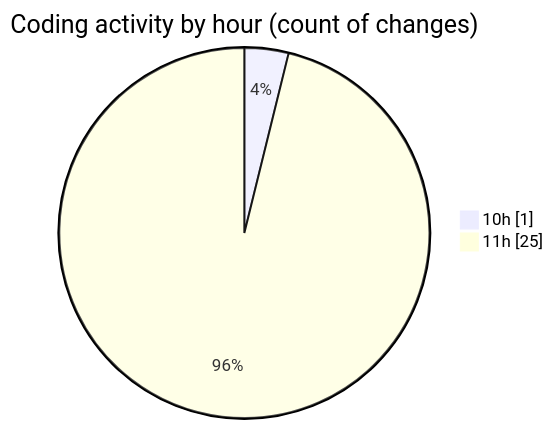
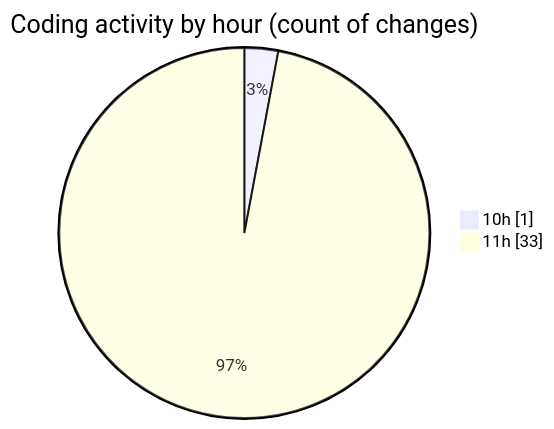
The second of 2 diagrams in 2025-08-03/nxtqube_webapp/README.md (nxtqubesakshisongat/code-tracking), drawn with Mermaid before and after one commit. The commit also changed other lines of this file and 1 other file, not shown here.

````diff
--- a/2025-08-03/nxtqube_webapp/README.md
+++ b/2025-08-03/nxtqube_webapp/README.md
@@ -33,6 +35,6 @@
 ```mermaid
 pie showData
 title Coding activity by hour (count of changes)
 "10h" : 1
-"11h" : 25
+"11h" : 33
 ```
````
